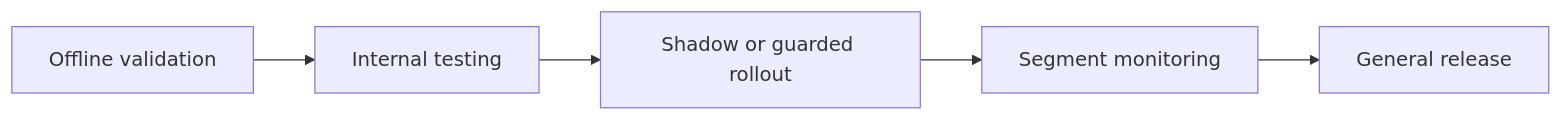
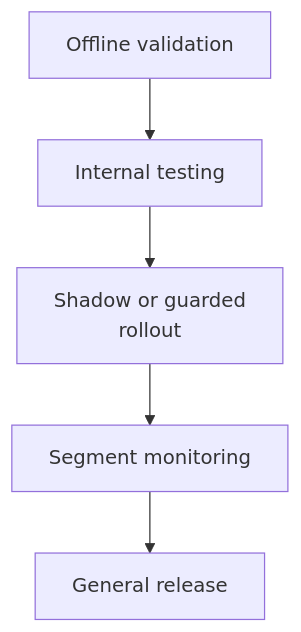
The diagram in docs/19-model-governance.md (Nivratti/ekyc-face-liveness-playbook), drawn with Mermaid before and after one commit. The commit also changed 31 other files, not shown here.

Commit message:
docs: improve mermaid diagram readability by converting wide flows to vertical layouts

````diff
--- a/docs/19-model-governance.md
+++ b/docs/19-model-governance.md
@@ -99,7 +99,7 @@
 ```mermaid
-flowchart LR
+flowchart TB
     A[Offline validation] --> B[Internal testing]
-    B --> C[Shadow or guarded rollout]
+    B --> C[Shadow or guarded<br/>rollout]
     C --> D[Segment monitoring]
     D --> E[General release]
 ```
````
